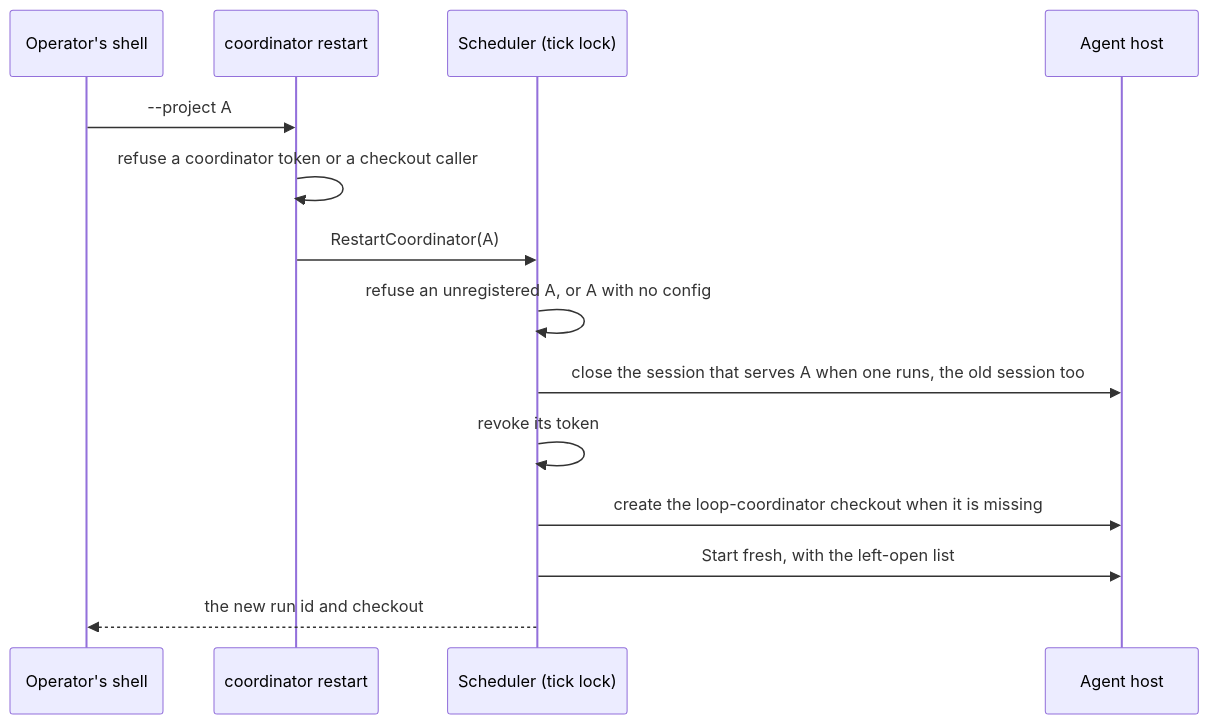
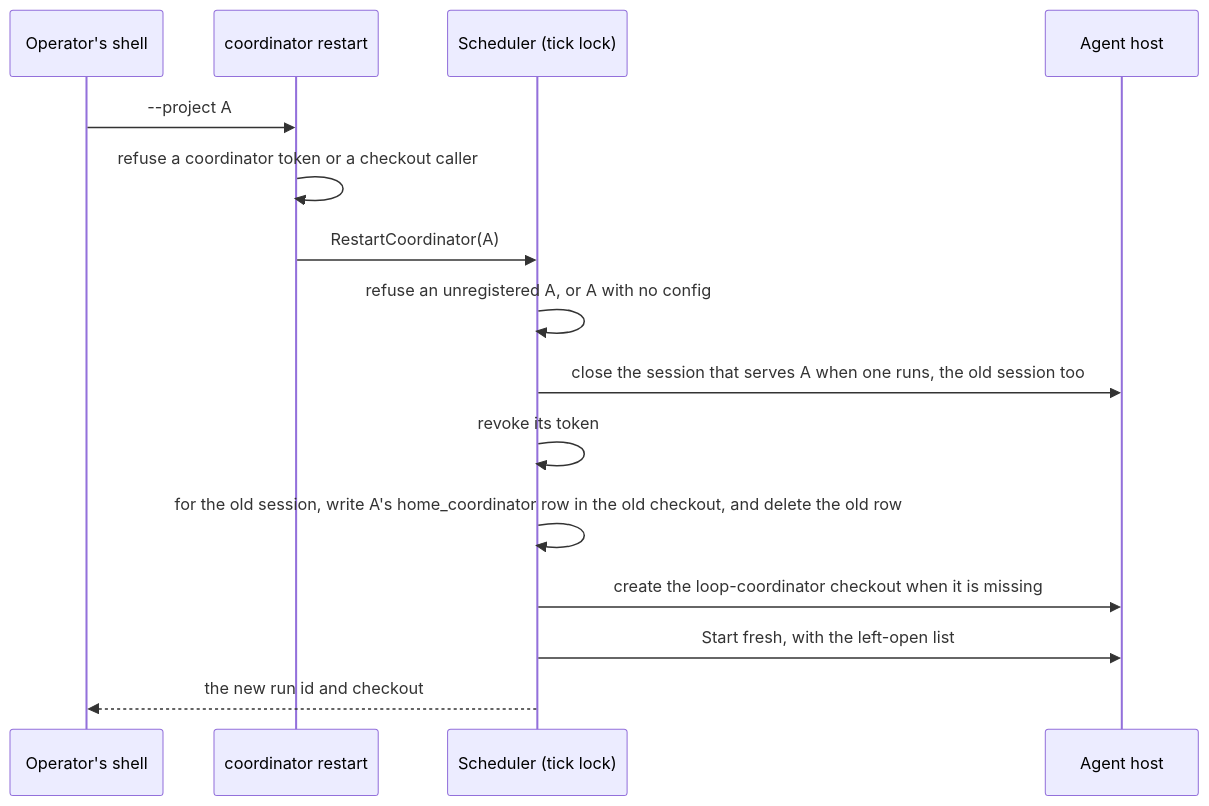
One commit to iantanwx/factory changed the fourth of 6 diagrams in docs/specs/factorio-1edo-project-home-coordinators-spec.md. Above: the diagram before and after it, drawn with Mermaid. The commit also changed other lines of this file, not shown here.

````diff
--- a/docs/specs/factorio-1edo-project-home-coordinators-spec.md
+++ b/docs/specs/factorio-1edo-project-home-coordinators-spec.md
@@ -903,16 +911,17 @@
 ```mermaid
 sequenceDiagram
     participant O as Operator's shell
     participant V as coordinator restart
     participant T as Scheduler (tick lock)
     participant H as Agent host
     O->>V: --project A
     V->>V: refuse a coordinator token or a checkout caller
     V->>T: RestartCoordinator(A)
     T->>T: refuse an unregistered A, or A with no config
     T->>H: close the session that serves A when one runs, the old session too
     T->>T: revoke its token
+    T->>T: for the old session, write A's home_coordinator row in the old checkout, and delete the old row
     T->>H: create the loop-coordinator checkout when it is missing
     T->>H: Start fresh, with the left-open list
     T-->>O: the new run id and checkout
 ```
````
